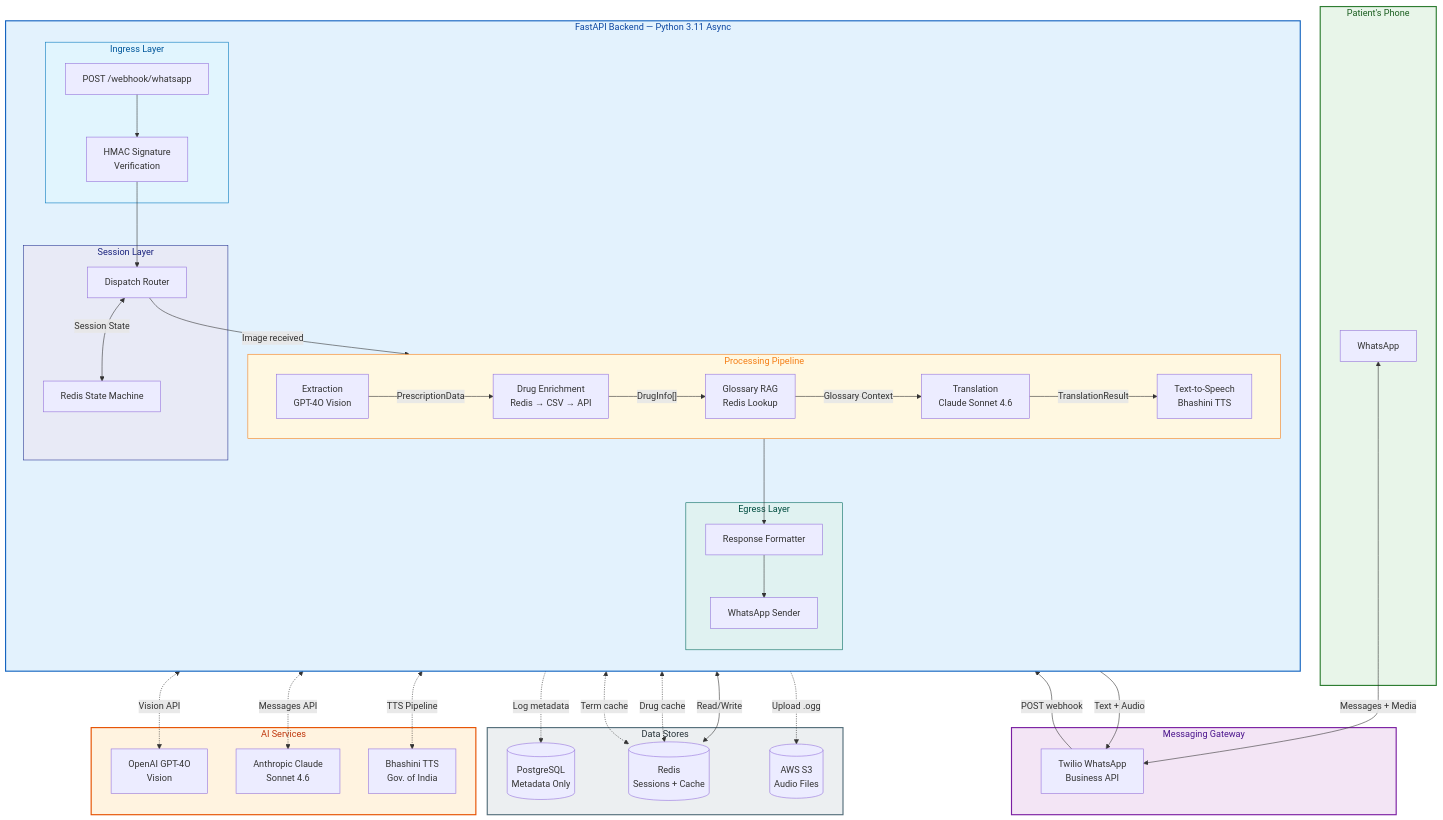
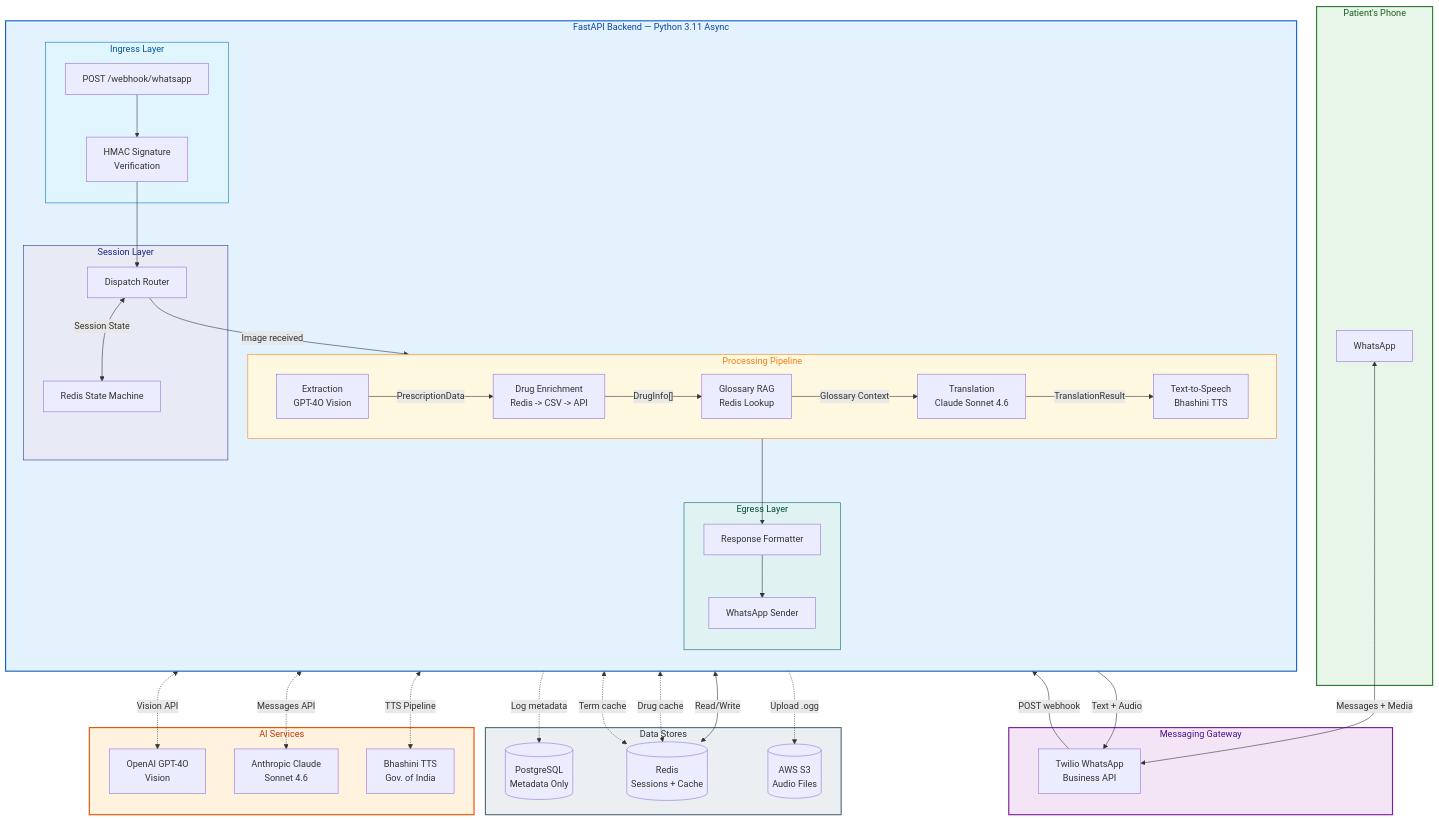
Before and after one commit to nishantgaurav23/SehatSamjho: the first of 3 diagrams in README.md, drawn with Mermaid. The commit also changed other lines of this file, not shown here.

First line of the commit message:
docs: rewrite README with complete flow walkthrough, setup guides, and deployment steps

```diff
--- a/README.md
+++ b/README.md
@@ -65,7 +87,7 @@
         subgraph PIPELINE["Processing Pipeline"]
             direction LR
             EXT["Extraction<br/>GPT-4O Vision"]
-            DRUG["Drug Enrichment<br/>Redis → CSV → API"]
+            DRUG["Drug Enrichment<br/>Redis -> CSV -> API"]
             GLOSS["Glossary RAG<br/>Redis Lookup"]
             TRANS["Translation<br/>Claude Sonnet 4.6"]
             TTS["Text-to-Speech<br/>Bhashini TTS"]
```
